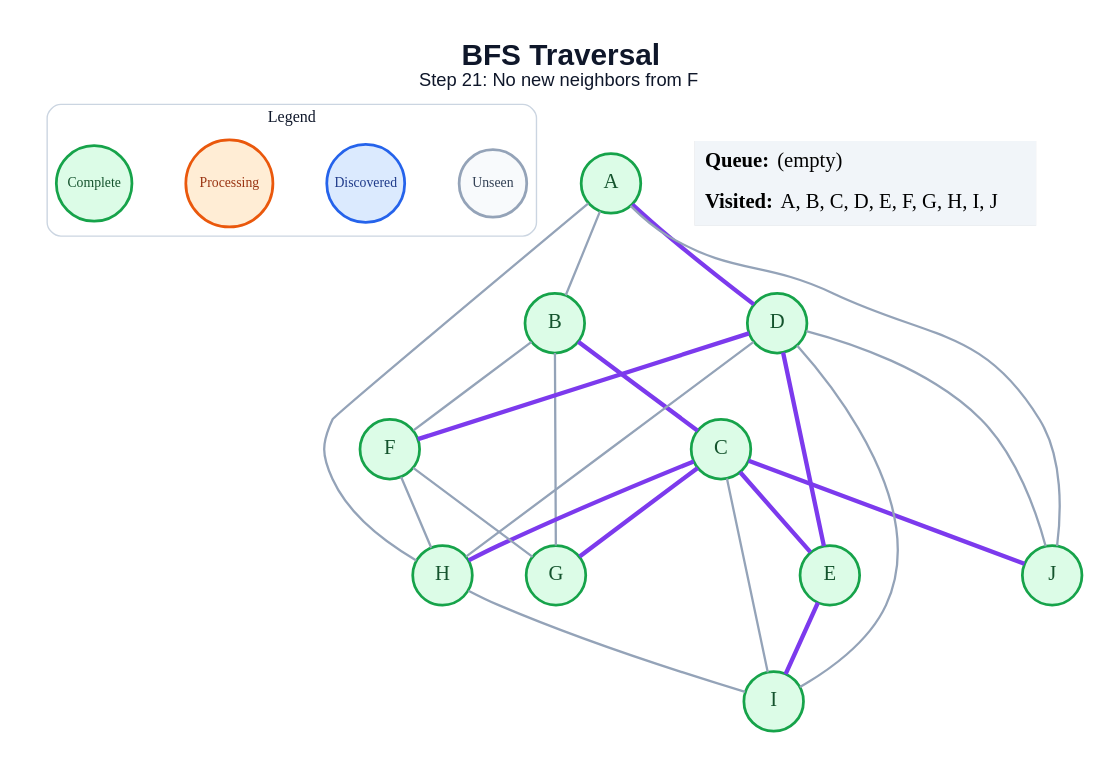
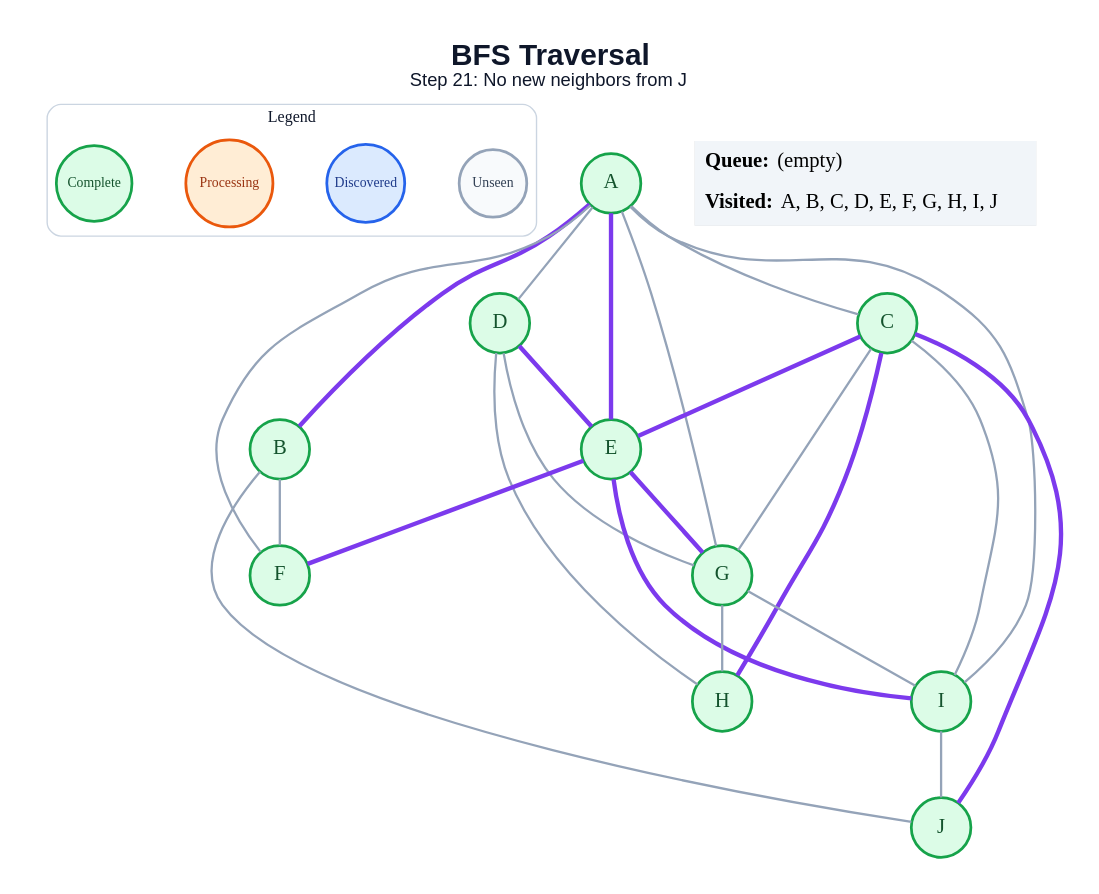
The diagram in generated/specific-node/bfs/step_21.dot (anon7238593-create/ai-slop), drawn with Graphviz before and after one commit. The commit also changed 179 other files, not shown here.

```diff
--- a/generated/specific-node/bfs/step_21.dot
+++ b/generated/specific-node/bfs/step_21.dot
@@ -1,50 +1,52 @@
 graph traversal {
   graph [layout=dot, rankdir=TB, bgcolor="#FFFFFF", pad="0.35", nodesep="0.65", ranksep="0.8", fontname="Arial"];
   node [shape=circle, style="filled", fontname="Arial Bold", fontsize=18, width=0.72, fixedsize=true, penwidth=2.4];
   edge [color="#94A3B8", penwidth=2.0];
-  label=<<B>BFS Traversal</B><BR/><FONT POINT-SIZE="16">Step 21: No new neighbors from F</FONT>>; labelloc="t"; fontsize=26; fontname="Arial"; fontcolor="#0F172A";
+  label=<<B>BFS Traversal</B><BR/><FONT POINT-SIZE="16">Step 21: No new neighbors from J</FONT>>; labelloc="t"; fontsize=26; fontname="Arial"; fontcolor="#0F172A";
   subgraph cluster_legend { label="Legend"; color="#CBD5E1"; penwidth=1.2; style="rounded"; fontsize=14; fontname="Arial Bold";
     key_unseen [label="Unseen", fillcolor="#F8FAFC", color="#94A3B8", fontcolor="#334155", fontsize=12, width=0.82];
     key_frontier [label="Discovered", fillcolor="#DBEAFE", color="#2563EB", fontcolor="#1E3A8A", fontsize=12, width=0.95];
     key_current [label="Processing", fillcolor="#FFEDD5", color="#EA580C", fontcolor="#9A3412", fontsize=12, width=1.05];
     key_done [label="Complete", fillcolor="#DCFCE7", color="#16A34A", fontcolor="#14532D", fontsize=12, width=0.92];
     { rank=same; key_unseen; key_frontier; key_current; key_done; }
   }
   A [fillcolor="#DCFCE7", color="#16A34A", fontcolor="#14532D"];
   B [fillcolor="#DCFCE7", color="#16A34A", fontcolor="#14532D"];
   C [fillcolor="#DCFCE7", color="#16A34A", fontcolor="#14532D"];
   D [fillcolor="#DCFCE7", color="#16A34A", fontcolor="#14532D"];
   E [fillcolor="#DCFCE7", color="#16A34A", fontcolor="#14532D"];
   F [fillcolor="#DCFCE7", color="#16A34A", fontcolor="#14532D"];
   G [fillcolor="#DCFCE7", color="#16A34A", fontcolor="#14532D"];
   H [fillcolor="#DCFCE7", color="#16A34A", fontcolor="#14532D"];
   I [fillcolor="#DCFCE7", color="#16A34A", fontcolor="#14532D"];
   J [fillcolor="#DCFCE7", color="#16A34A", fontcolor="#14532D"];
-  A -- B;
-  A -- D [color="#7C3AED", penwidth=3.8];
-  A -- H;
-  A -- J;
-  B -- C [color="#7C3AED", penwidth=3.8];
+  A -- B [color="#7C3AED", penwidth=3.8];
+  A -- C;
+  A -- D;
+  A -- E [color="#7C3AED", penwidth=3.8];
+  A -- F;
+  A -- G;
+  A -- I;
   B -- F;
-  B -- G;
+  B -- J;
   C -- E [color="#7C3AED", penwidth=3.8];
-  C -- G [color="#7C3AED", penwidth=3.8];
+  C -- G;
   C -- H [color="#7C3AED", penwidth=3.8];
   C -- I;
   C -- J [color="#7C3AED", penwidth=3.8];
   D -- E [color="#7C3AED", penwidth=3.8];
-  D -- F [color="#7C3AED", penwidth=3.8];
+  D -- G;
   D -- H;
-  D -- I;
-  D -- J;
+  E -- F [color="#7C3AED", penwidth=3.8];
+  E -- G [color="#7C3AED", penwidth=3.8];
   E -- I [color="#7C3AED", penwidth=3.8];
-  F -- G;
-  F -- H;
-  H -- I;
+  G -- H;
+  G -- I;
+  I -- J;
   status [shape=plain, fixedsize=false, width=0, height=0, margin=0, label=<
     <TABLE BORDER="0" CELLBORDER="0" CELLPADDING="7" BGCOLOR="#F1F5F9">
       <TR><TD ALIGN="LEFT"><B>Queue:</B> (empty)</TD></TR>
       <TR><TD ALIGN="LEFT"><B>Visited:</B> A, B, C, D, E, F, G, H, I, J</TD></TR>
     </TABLE>
   >];
 }
```
